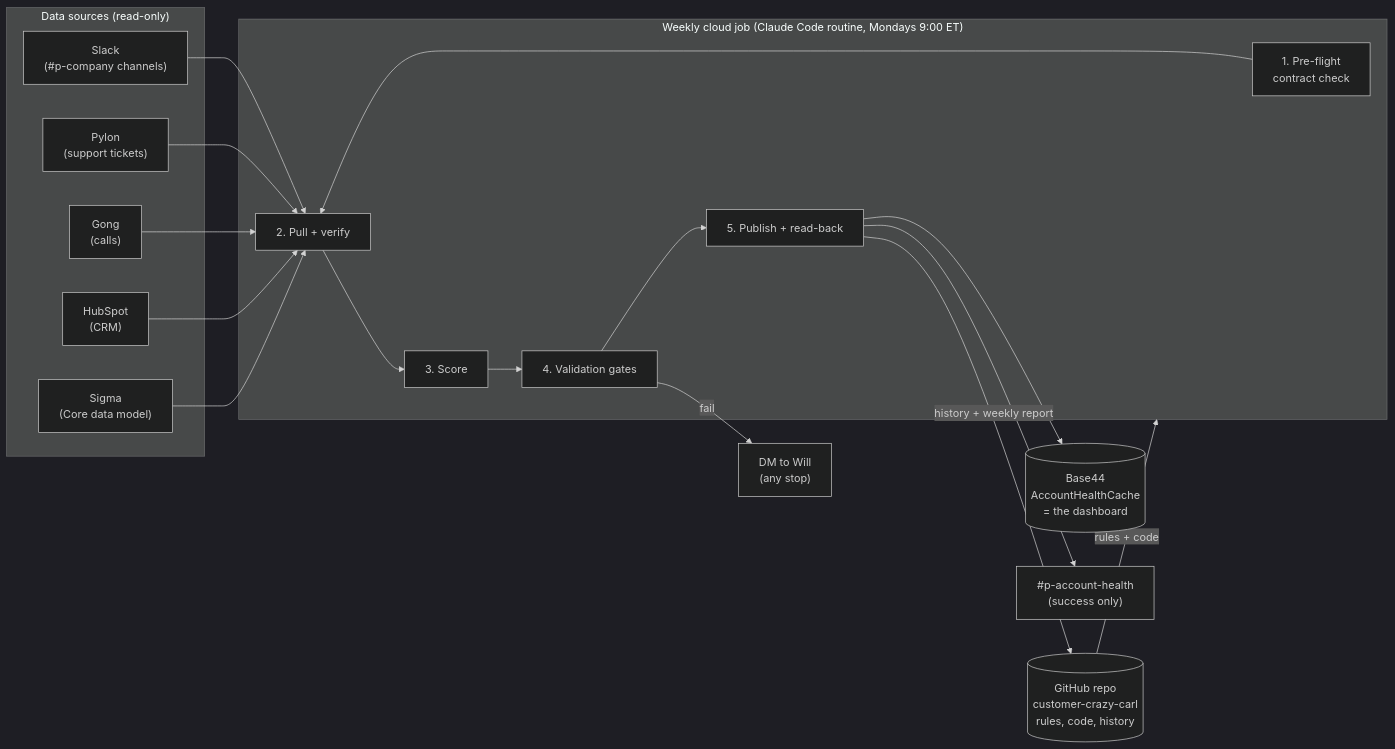
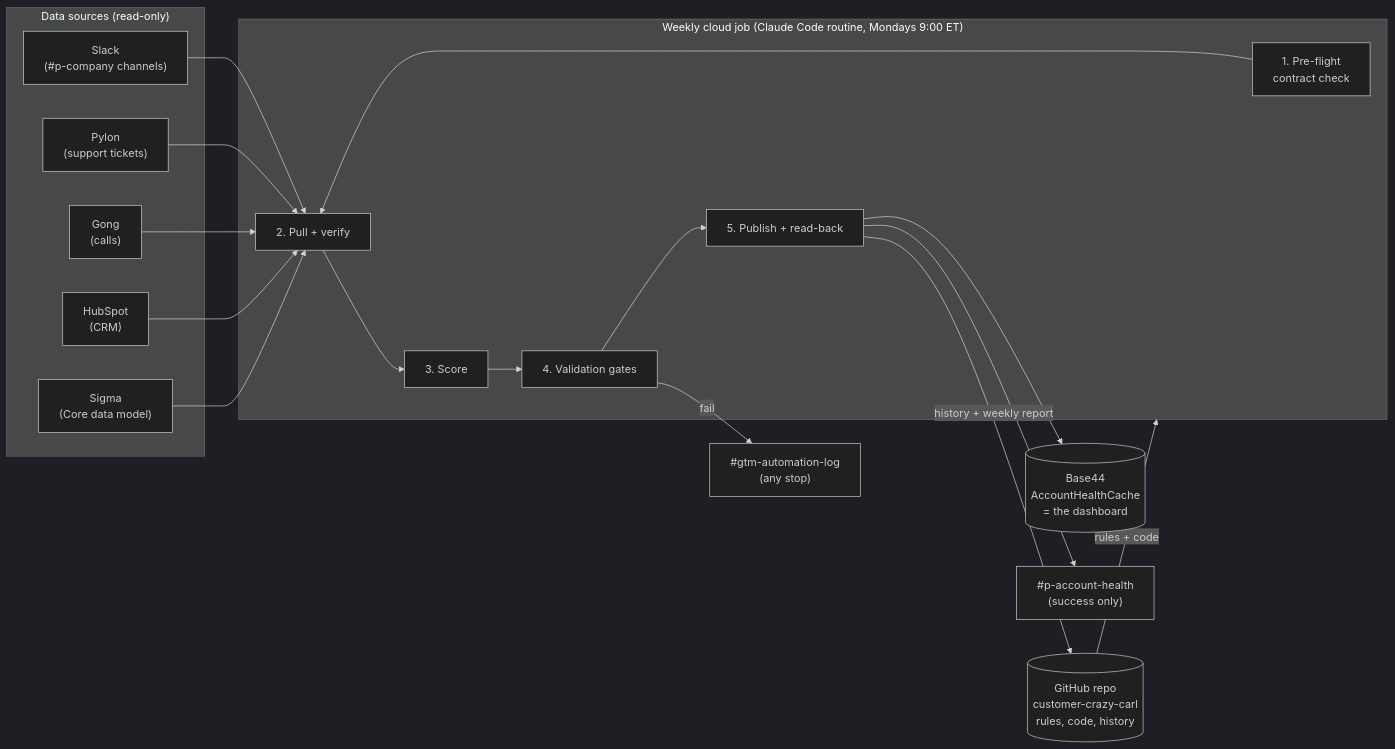
Before and after one commit to willritchings-findigs/customer-crazy-carl: the diagram in docs/client-health/design.md, drawn with Mermaid (dark theme). The commit also changed other lines of this file and 10 other files, not shown here.

Commit message:
Route every refresh failure to #gtm-automation-log instead of a DM to Will

````diff
--- a/docs/client-health/design.md
+++ b/docs/client-health/design.md
@@ -20,26 +20,26 @@
 ```mermaid
 flowchart LR
   subgraph Sources["Data sources (read-only)"]
     SIG["Sigma<br/>(Core data model)"]
     HS["HubSpot<br/>(CRM)"]
     GG["Gong<br/>(calls)"]
     PY["Pylon<br/>(support tickets)"]
     SL["Slack<br/>(#p-company channels)"]
   end
   subgraph Run["Weekly cloud job (Claude Code routine, Mondays 9:00 ET)"]
     PF["1. Pre-flight<br/>contract check"] --> PULL["2. Pull + verify"]
     PULL --> SCORE["3. Score"]
     SCORE --> GATES["4. Validation gates"]
     GATES --> PUSH["5. Publish + read-back"]
   end
   REPO[("GitHub repo<br/>customer-crazy-carl<br/>rules, code, history")]
   B44[("Base44<br/>AccountHealthCache<br/>= the dashboard")]
   CH["#p-account-health<br/>(success only)"]
-  DM["DM to Will<br/>(any stop)"]
+  DM["#gtm-automation-log<br/>(any stop)"]
   SIG & HS & GG & PY & SL --> PULL
   REPO -- "rules + code" --> Run
   PUSH --> B44
   PUSH -- "history + weekly report" --> REPO
   PUSH --> CH
   GATES -- "fail" --> DM
 ```
````
